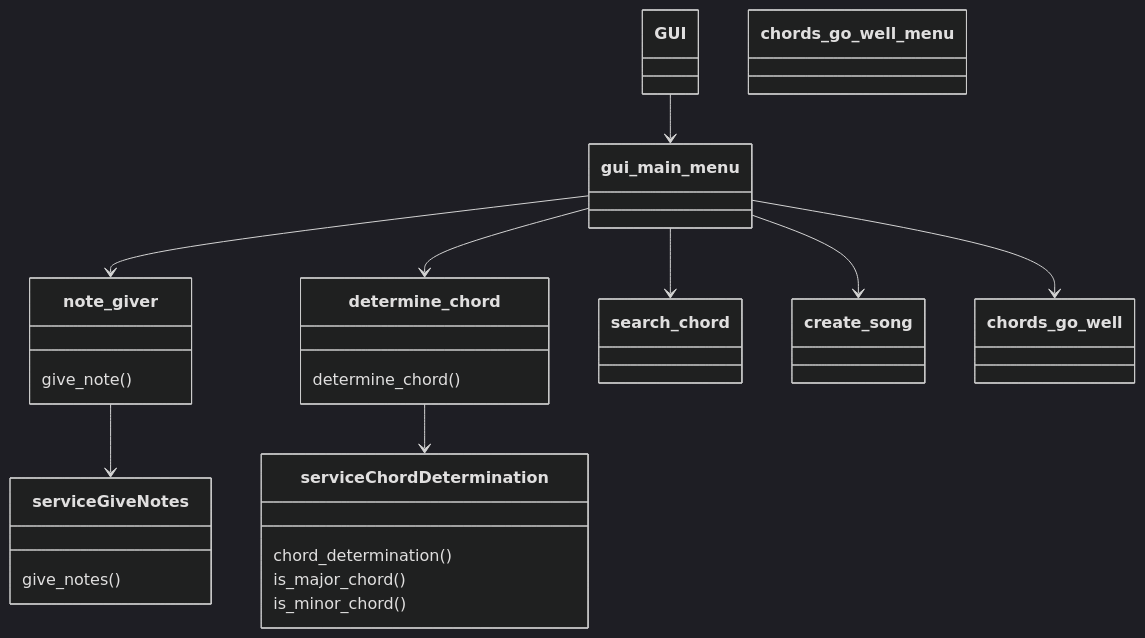
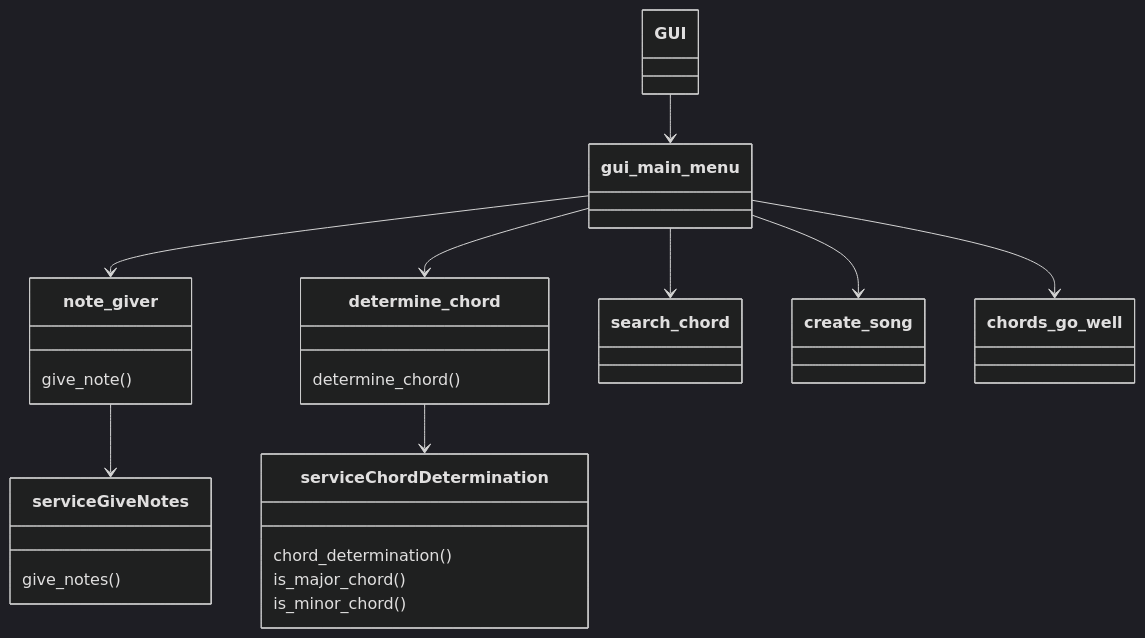
Before and after one commit to Aaltonenn/ot-harjoitustyo: the second of 2 diagrams in dokumentaatio/arkkitehtuuri.md, drawn with Mermaid (dark theme). The commit also changed other lines of this file, not shown here.

````diff
--- a/dokumentaatio/arkkitehtuuri.md
+++ b/dokumentaatio/arkkitehtuuri.md
@@ -46,33 +46,33 @@
 ```mermaid
  classDiagram
       GUI --> gui_main_menu
       gui_main_menu --> note_giver
       gui_main_menu --> determine_chord
       gui_main_menu --> search_chord
       gui_main_menu --> create_song
       gui_main_menu --> chords_go_well
 
       note_giver --> serviceGiveNotes
       determine_chord --> serviceChordDetermination
       
       class serviceChordDetermination{
       chord_determination()
       is_major_chord()
       is_minor_chord()
       }
       class serviceGiveNotes{
       give_notes()
       }
       class note_giver{
       give_note()
       }
       class determine_chord{
       determine_chord()
       }
       class gui_main_menu{
       }
-      class chords_go_well_menu{
+      class chords_go_well{
       }
       
       
 ```
````
